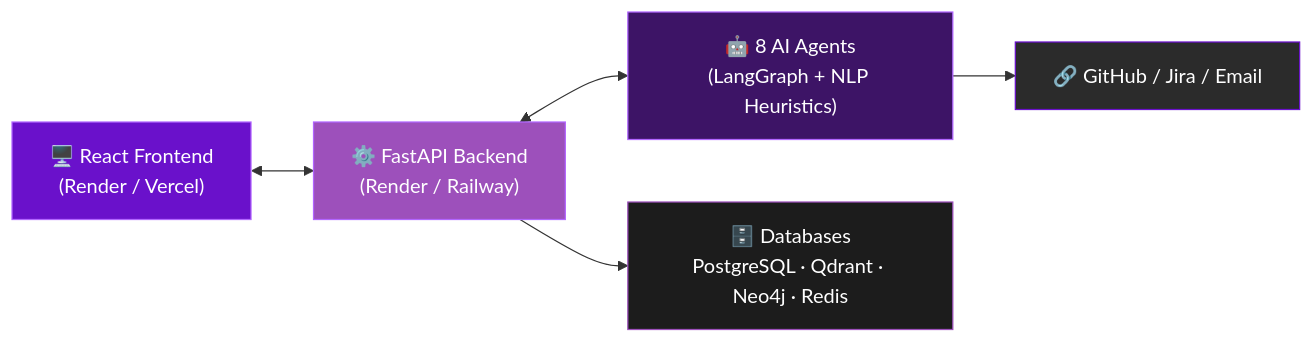
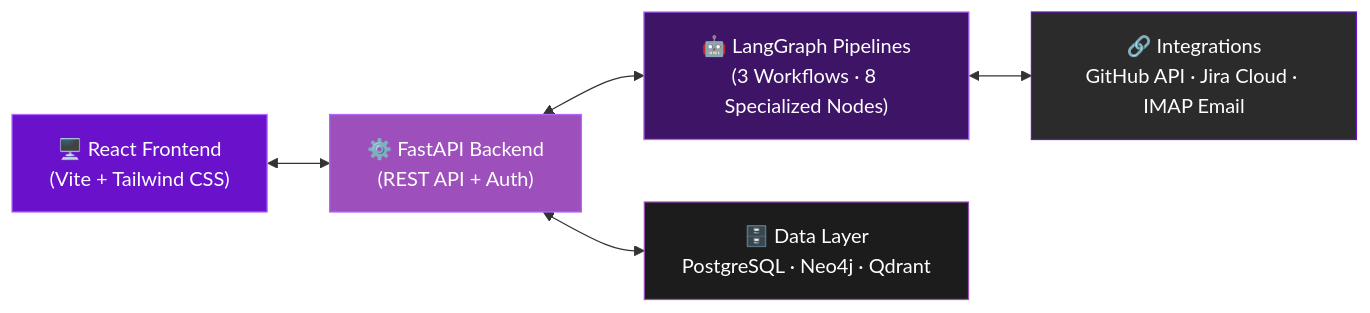
Before and after one commit to KalagiPandya/ScopeSentinel: the diagram in README.md, drawn with Mermaid. The commit also changed other lines of this file, not shown here.

Commit message:
docs: streamline README and align architecture with codebase

````diff
--- a/README.md
+++ b/README.md
@@ -113,13 +86,13 @@
 ```mermaid
 flowchart LR
-    A["🖥️ React Frontend\n(Render / Vercel)"] <--> B["⚙️ FastAPI Backend\n(Render / Railway)"]
-    B <--> C["🤖 8 AI Agents\n(LangGraph + NLP Heuristics)"]
-    B --> D["🗄️ Databases\nPostgreSQL · Qdrant · Neo4j · Redis"]
-    C --> E["🔗 GitHub / Jira / Email"]
+    A["🖥️ React Frontend\n(Vite + Tailwind CSS)"] <--> B["⚙️ FastAPI Backend\n(REST API + Auth)"]
+    B <--> C["🤖 LangGraph Pipelines\n(3 Workflows · 8 Specialized Nodes)"]
+    B <--> D["🗄️ Data Layer\nPostgreSQL · Neo4j · Qdrant"]
+    C <--> E["🔗 Integrations\nGitHub API · Jira Cloud · IMAP Email"]
 
     style A fill:#6A11CB,stroke:#B266FF,color:#fff
     style B fill:#9D50BB,stroke:#B266FF,color:#fff
     style C fill:#3d1466,stroke:#B266FF,color:#fff
     style D fill:#1c1c1c,stroke:#9D50BB,color:#fff
     style E fill:#2b2b2b,stroke:#6A11CB,color:#fff
 ```
````
